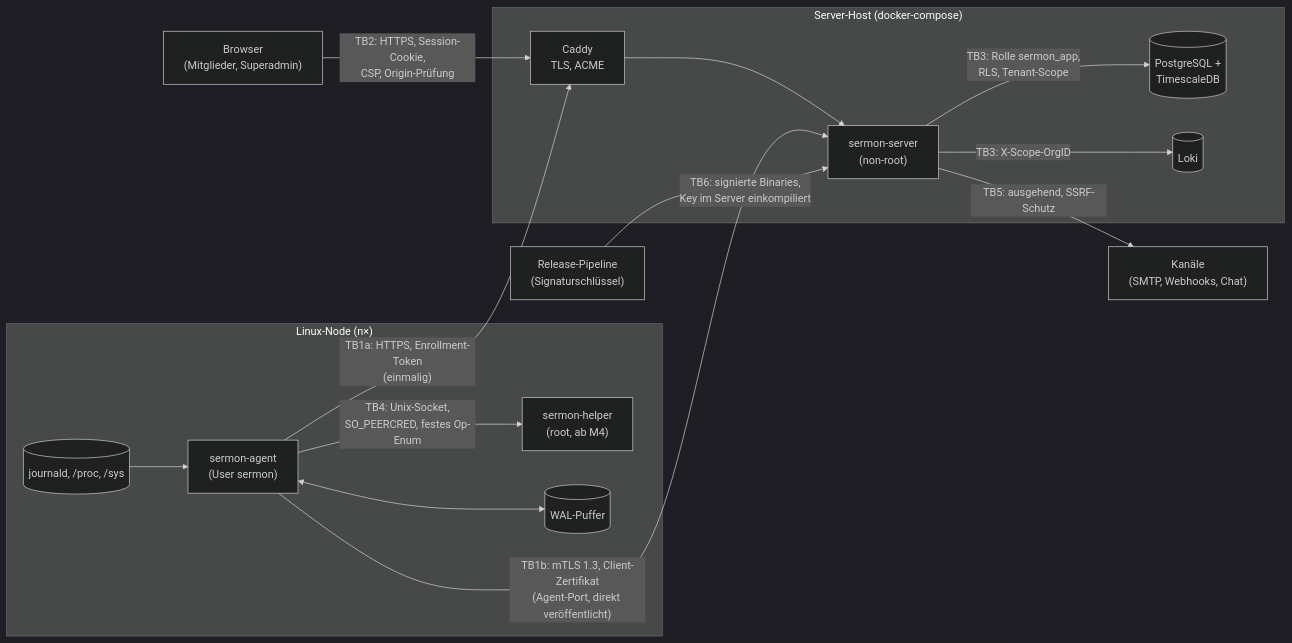
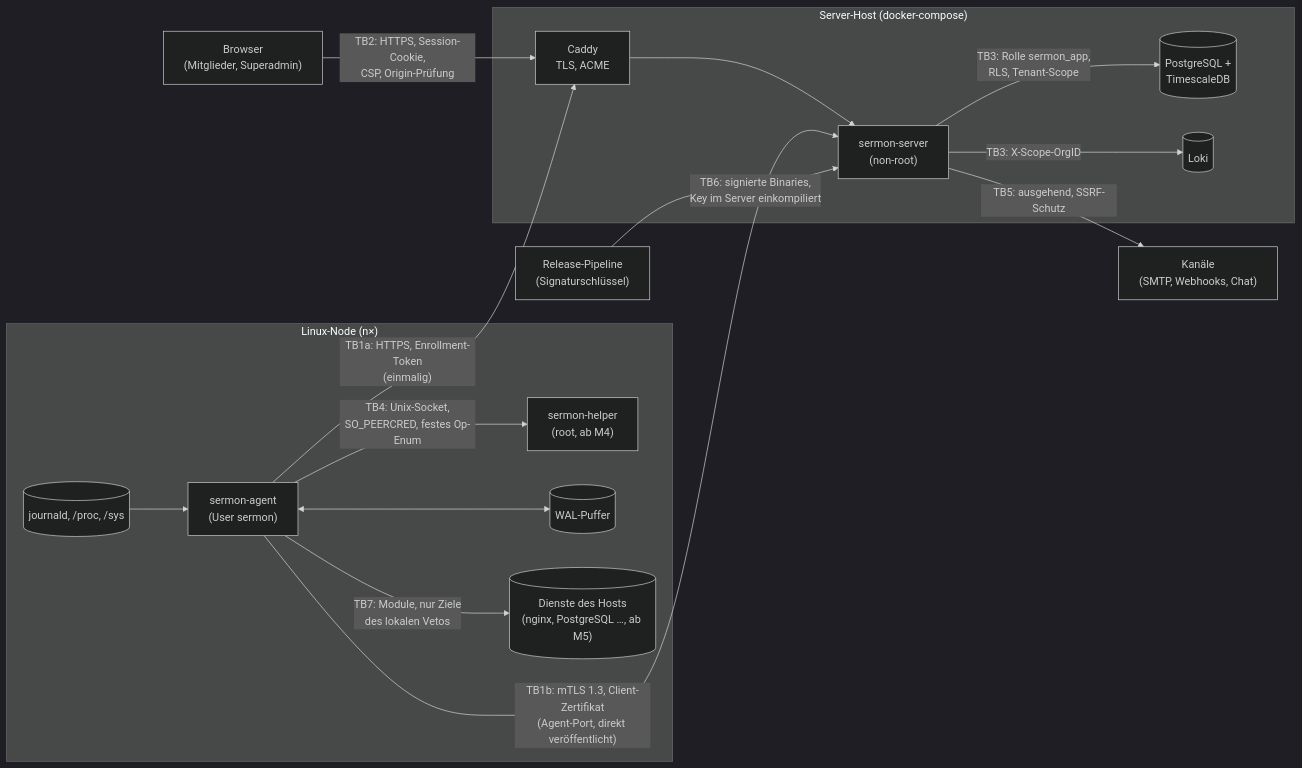
The diagram in docs/security/threat-model.md (pmoscode/SerMon), drawn with Mermaid (dark theme) before and after one commit. The commit also changed other lines of this file and 5 other files, not shown here.

````diff
--- a/docs/security/threat-model.md
+++ b/docs/security/threat-model.md
@@ -43,29 +43,31 @@
 ```mermaid
 flowchart LR
   subgraph Node["Linux-Node (n×)"]
     Agent["sermon-agent<br/>(User sermon)"]
     Helper["sermon-helper<br/>(root, ab M4)"]
     Journal[("journald, /proc, /sys")]
     WAL[("WAL-Puffer")]
     Journal --> Agent
     Agent <--> WAL
     Agent -- "TB4: Unix-Socket,<br/>SO_PEERCRED, festes Op-Enum" --> Helper
+    Services[("Dienste des Hosts<br/>(nginx, PostgreSQL …, ab M5)")]
+    Agent -- "TB7: Module, nur Ziele<br/>des lokalen Vetos" --> Services
   end
   subgraph ServerHost["Server-Host (docker-compose)"]
     Caddy["Caddy<br/>TLS, ACME"]
     Server["sermon-server<br/>(non-root)"]
     PG[("PostgreSQL +<br/>TimescaleDB")]
     Loki[("Loki")]
     Server -- "TB3: Rolle sermon_app,<br/>RLS, Tenant-Scope" --> PG
     Server -- "TB3: X-Scope-OrgID" --> Loki
   end
   Browser["Browser<br/>(Mitglieder, Superadmin)"]
   Channels["Kanäle<br/>(SMTP, Webhooks, Chat)"]
   Release["Release-Pipeline<br/>(Signaturschlüssel)"]
 
   Browser -- "TB2: HTTPS, Session-Cookie,<br/>CSP, Origin-Prüfung" --> Caddy --> Server
   Agent -- "TB1a: HTTPS, Enrollment-Token<br/>(einmalig)" --> Caddy
   Agent -- "TB1b: mTLS 1.3, Client-Zertifikat<br/>(Agent-Port, direkt veröffentlicht)" --> Server
   Server -- "TB5: ausgehend, SSRF-Schutz" --> Channels
   Release -- "TB6: signierte Binaries,<br/>Key im Server einkompiliert" --> Server
 ```
````
